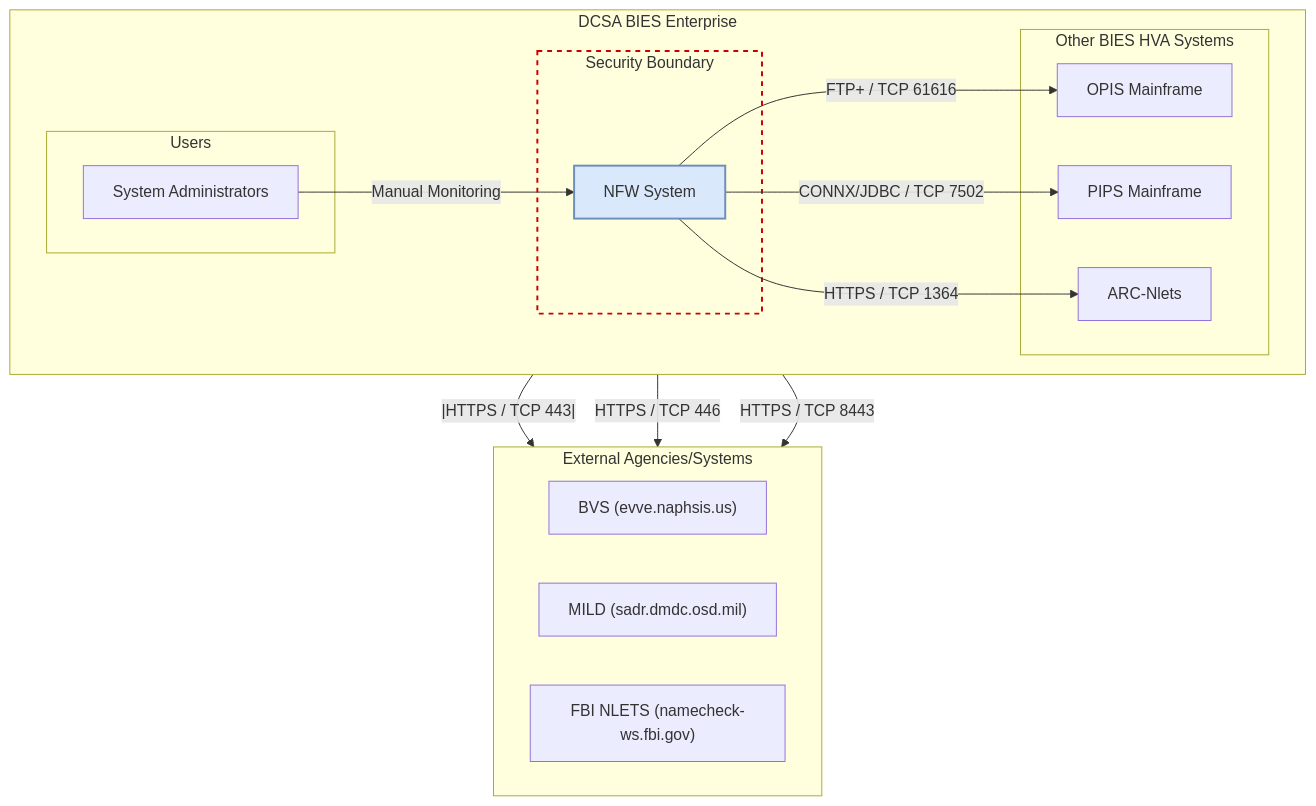
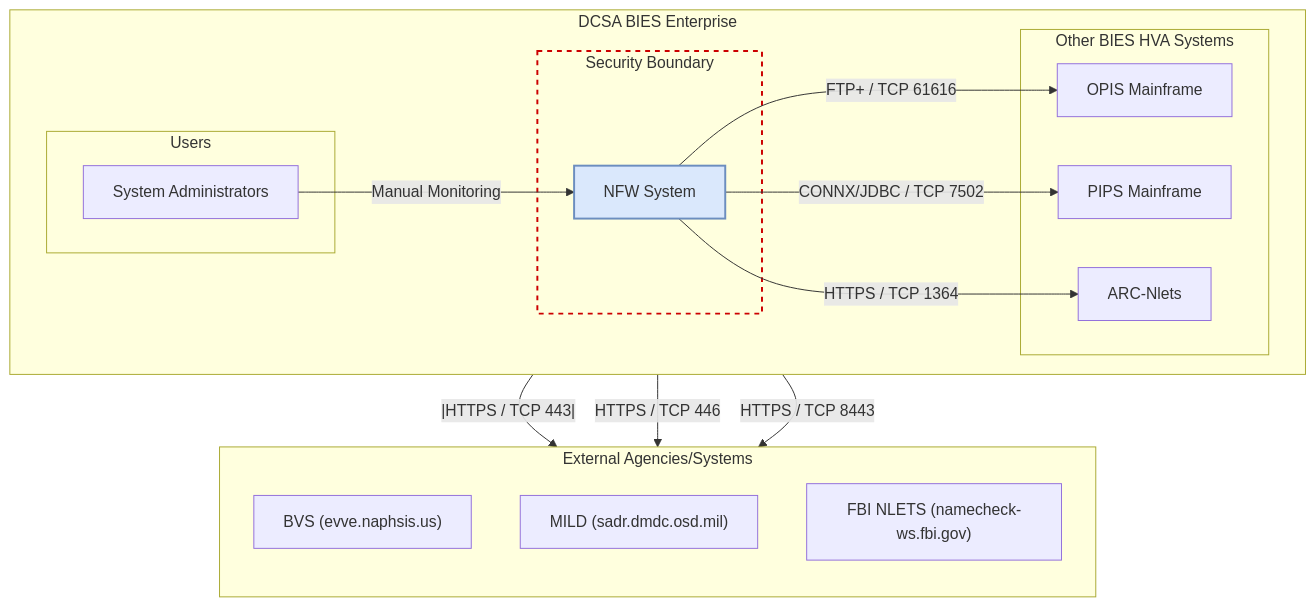
One commit to denwilliams7/bies_architecture1 changed the diagram in NFW_context_diagram_V4.mmd. Above: the diagram before and after it, drawn with Mermaid.

```diff
--- a/NFW_context_diagram_V4.mmd
+++ b/NFW_context_diagram_V4.mmd
@@ -1,47 +1,47 @@
 graph TD
     subgraph DCSA_BIES_Enterprise [DCSA BIES Enterprise]
         direction LR
         
         subgraph Other_BIES_Systems [Other BIES HVA Systems]
             PIPS[PIPS Mainframe]
             OPIS[OPIS Mainframe]
             ARC_Nlets[ARC-Nlets]
         end
         
         subgraph Security_Boundary [Security Boundary]
             NFW[NFW System]
         end
 
         subgraph Users
              Admin[System Administrators]
         end
     end
 
     %% NFW -- |HTTPS / TCP 443| --> BVS
     %% NFW -- "HTTPS / TCP 446" --> MILD
     %% NFW -- "HTTPS / TCP 8443" --> FBI_NLETS
 
     subgraph External_Systems [External Agencies/Systems]
-        direction LR
+        direction TD
         BVS["BVS (evve.naphsis.us)"]
         MILD["MILD (sadr.dmdc.osd.mil)"]
         FBI_NLETS["FBI NLETS (namecheck-ws.fbi.gov)"]
     end
 
     %% Connections
     Admin -- "Manual Monitoring" --> NFW
     
     %% Internal Connections based on Table 8
     NFW -- "FTP+ / TCP 61616" --> OPIS
     NFW -- "CONNX/JDBC / TCP 7502" --> PIPS
     NFW -- "HTTPS / TCP 1364" --> ARC_Nlets
     
     %% External Connections based on Table 8
     NFW -- |HTTPS / TCP 443| --> BVS
     NFW -- "HTTPS / TCP 446" --> MILD
     NFW -- "HTTPS / TCP 8443" --> FBI_NLETS
 
     %% Styling
     style NFW fill:#dae8fc,stroke:#6c8ebf,stroke-width:2px
     classDef securityBoundary fill:none,stroke:#c00,stroke-width:2px,stroke-dasharray:5
     class Security_Boundary securityBoundary
```
